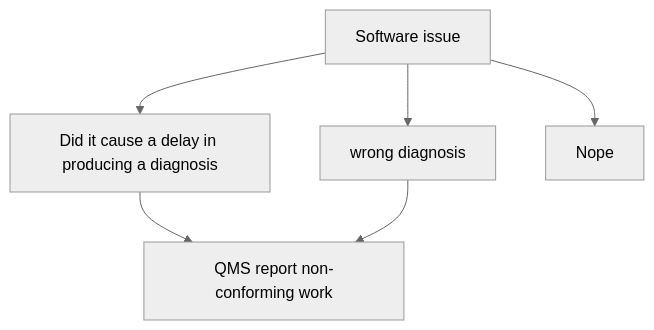
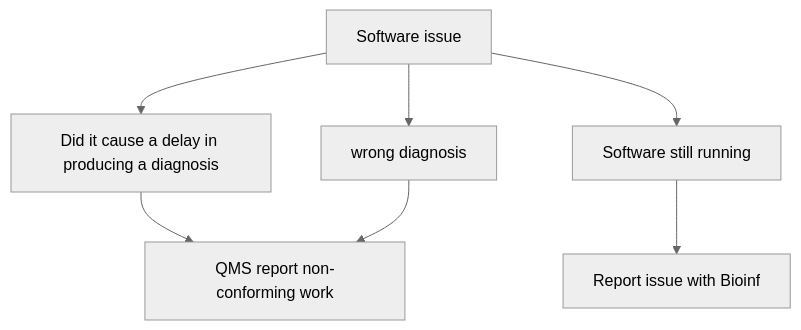
The diagram in docs/fieldnorm/feedback.md (geertgeeven/BioinformaticaVeldnorm), drawn with Mermaid (neutral theme) before and after one commit.

````diff
--- a/docs/fieldnorm/feedback.md
+++ b/docs/fieldnorm/feedback.md
@@ -15,8 +15,9 @@
 ```mermaid
 graph TD;
     A[Software issue]-->B[Did it cause a delay in producing a diagnosis];
     A-->C[wrong diagnosis];
-    A-->D[Nope];
+    A-->D[Software still running];
     B-->E[QMS report non-conforming work];
     C-->E;
+    D-->F[Report issue with Bioinf];
 ```
````
